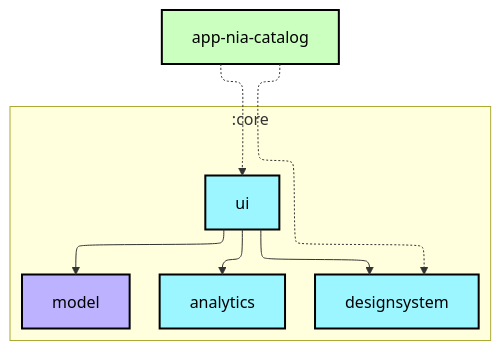
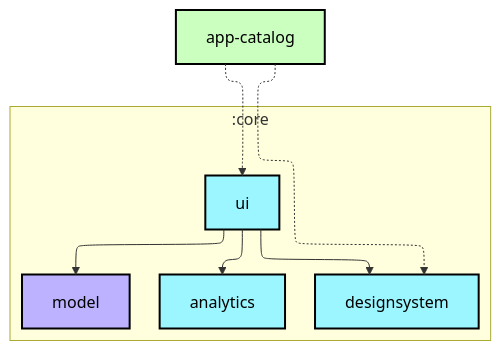
The first of 2 diagrams in app-catalog/README.md (MentorshipBySiro/AndroidApp), drawn with Mermaid before and after one commit. The commit also changed other lines of this file and 287 other files, not shown here.

````diff
--- a/app-catalog/README.md
+++ b/app-catalog/README.md
@@ -6,30 +6,30 @@
 ```mermaid
 ---
 config:
   layout: elk
   elk:
     nodePlacementStrategy: SIMPLE
 ---
 graph TB
   subgraph :core
     direction TB
     :core:analytics[analytics]:::android-library
     :core:designsystem[designsystem]:::android-library
     :core:model[model]:::jvm-library
     :core:ui[ui]:::android-library
   end
-  :app-nia-catalog[app-nia-catalog]:::android-application
+  :app-catalog[app-catalog]:::android-application
 
-  :app-nia-catalog -.-> :core:designsystem
-  :app-nia-catalog -.-> :core:ui
+  :app-catalog -.-> :core:designsystem
+  :app-catalog -.-> :core:ui
   :core:ui --> :core:analytics
   :core:ui --> :core:designsystem
   :core:ui --> :core:model
 
 classDef android-application fill:#CAFFBF,stroke:#000,stroke-width:2px,color:#000;
 classDef android-feature fill:#FFD6A5,stroke:#000,stroke-width:2px,color:#000;
 classDef android-library fill:#9BF6FF,stroke:#000,stroke-width:2px,color:#000;
 classDef android-test fill:#A0C4FF,stroke:#000,stroke-width:2px,color:#000;
 classDef jvm-library fill:#BDB2FF,stroke:#000,stroke-width:2px,color:#000;
 classDef unknown fill:#FFADAD,stroke:#000,stroke-width:2px,color:#000;
 ```
````
